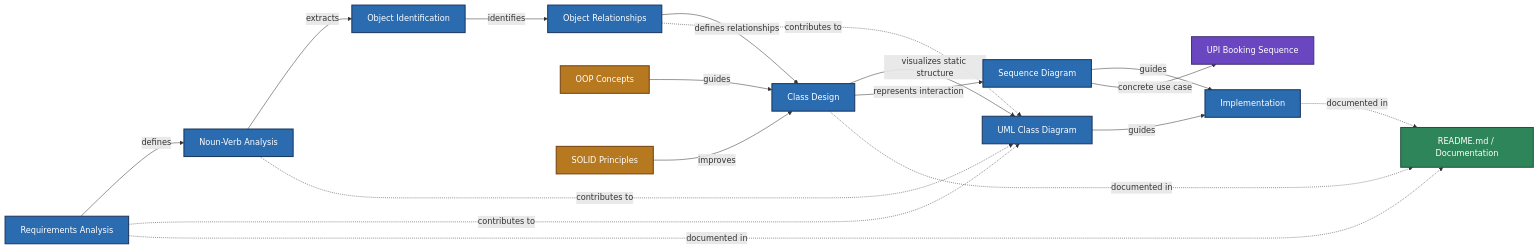
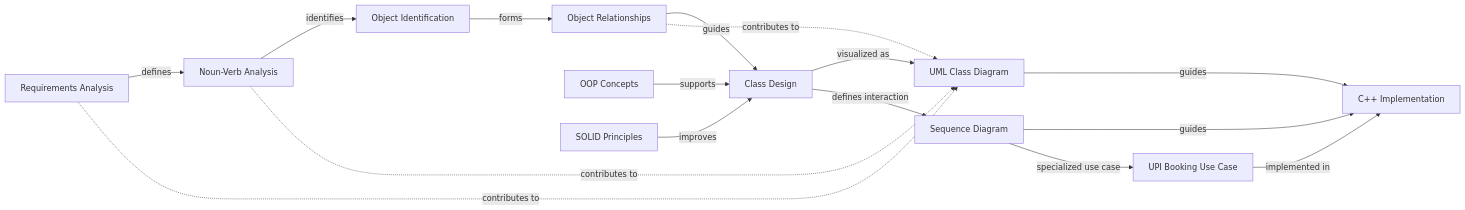
The diagram in README.md (Sujalkathait/MovieTicketBookingSystem), drawn with Mermaid before and after one commit. The commit also changed other lines of this file, not shown here.

````diff
--- a/README.md
+++ b/README.md
@@ -36,46 +74,31 @@
 ```mermaid
 flowchart LR
-    classDef mainFlow fill:#2b6cb0,stroke:#1a365d,color:#fff,stroke-width:2px;
-    classDef principles fill:#b7791f,stroke:#744210,color:#fff,stroke-width:2px;
-    classDef documentation fill:#2f855a,stroke:#22543d,color:#fff,stroke-width:2px;
-    classDef specific fill:#6b46c1,stroke:#44337a,color:#fff,stroke-width:2px;
-
-    Req[Requirements Analysis]:::mainFlow
-    NVA[Noun-Verb Analysis]:::mainFlow
-    ObjId[Object Identification]:::mainFlow
-    ObjRel[Object Relationships]:::mainFlow
-    ClassDes[Class Design]:::mainFlow
-    UML[UML Class Diagram]:::mainFlow
-    Seq[Sequence Diagram]:::mainFlow
-    UpiSeq[UPI Booking Sequence]:::specific
-    Impl[Implementation]:::mainFlow
-
-    OOP[OOP Concepts]:::principles
-    SOLID[SOLID Principles]:::principles
+    Req["Requirements Analysis"]
+    NVA["Noun-Verb Analysis"]
+    Obj["Object Identification"]
+    Rel["Object Relationships"]
+    Class["Class Design"]
+    UML["UML Class Diagram"]
+    Seq["Sequence Diagram"]
+    UPI["UPI Booking Use Case"]
+    Impl["C++ Implementation"]
+    OOP["OOP Concepts"]
+    SOLID["SOLID Principles"]
     
-    Doc[README.md / Documentation]:::documentation
-
-    Req -->|defines| NVA
-    NVA -->|extracts| ObjId
-    ObjId -->|identifies| ObjRel
-    ObjRel -->|defines relationships| ClassDes
+    Req -->|"defines"| NVA
+    NVA -->|"identifies"| Obj
+    Obj -->|"forms"| Rel
+    Rel -->|"guides"| Class
+    OOP -->|"supports"| Class
+    SOLID -->|"improves"| Class
+    Class -->|"visualized as"| UML
+    Class -->|"defines interaction"| Seq
+    UML -->|"guides"| Impl
+    Seq -->|"guides"| Impl
+    Seq -->|"specialized use case"| UPI
+    UPI -->|"implemented in"| Impl
     
-    ClassDes -->|visualizes static structure| UML
-    ClassDes -->|represents interaction| Seq
-    
-    UML -->|guides| Impl
-    Seq -->|guides| Impl
-    
-    Seq -->|concrete use case| UpiSeq
-
-    OOP -->|guides| ClassDes
-    SOLID -->|improves| ClassDes
-    
-    Req -.->|contributes to| UML
-    NVA -.->|contributes to| UML
-    ObjRel -.->|contributes to| UML
-
-    Req -.->|documented in| Doc
-    Impl -.->|documented in| Doc
-    ClassDes -.->|documented in| Doc
+    Req -.->|"contributes to"| UML
+    NVA -.->|"contributes to"| UML
+    Rel -.->|"contributes to"| UML
 ```
````
